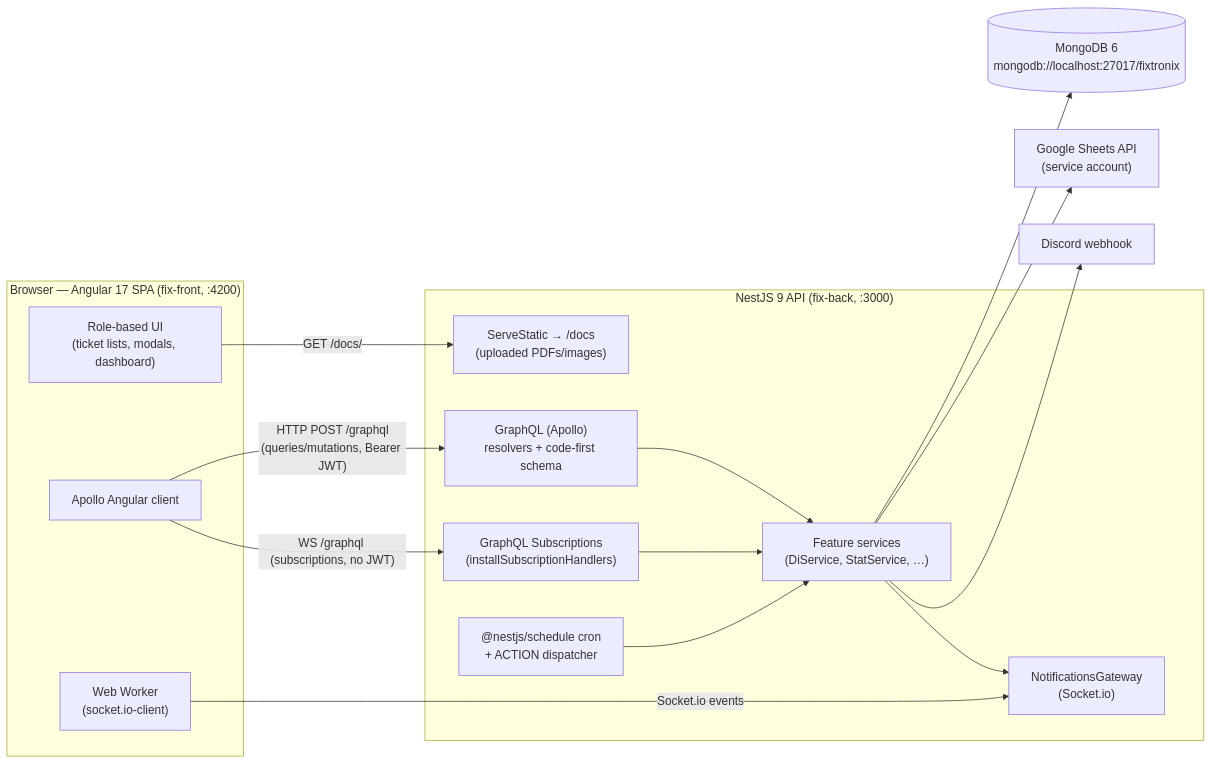
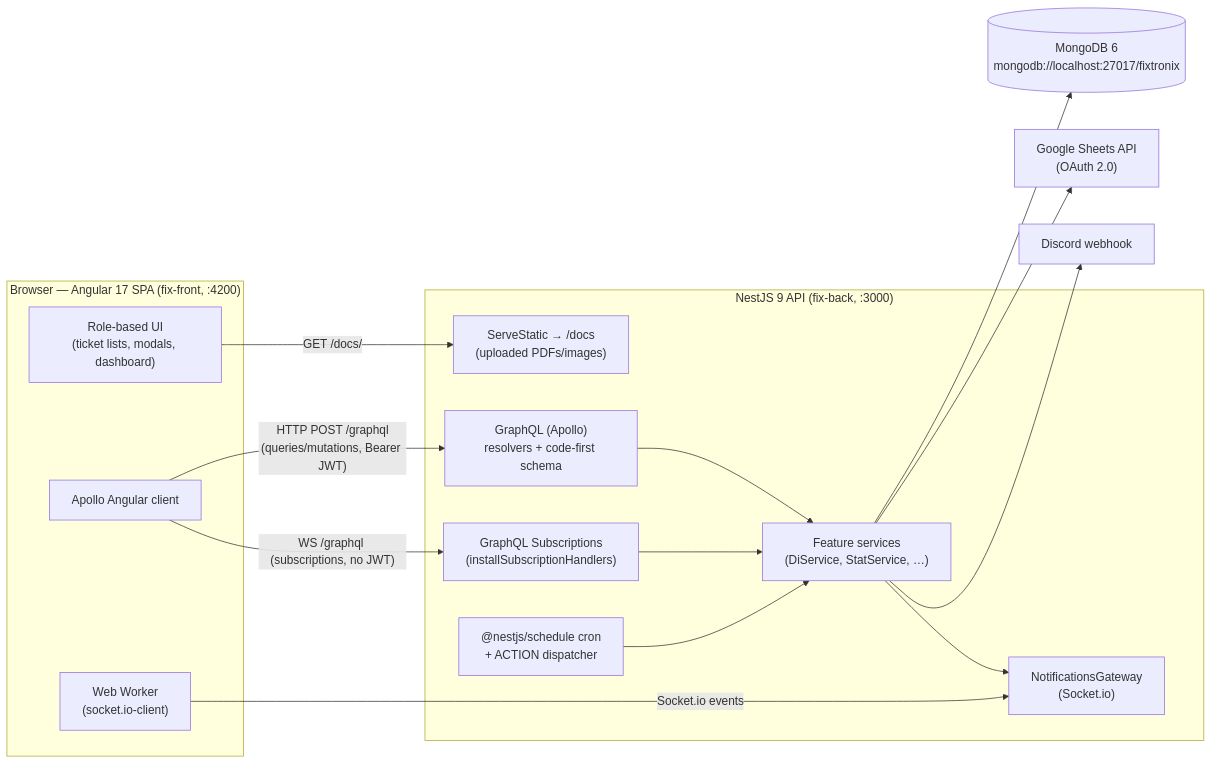
Before and after one commit to SkanderLassoued09/fix-back: the diagram in .project-context/architecture/01-system-overview.md, drawn with Mermaid. The commit also changed 22 other files, not shown here.

First line of the commit message:
feat: refactor environment handling and add Google OAuth integration

````diff
--- a/.project-context/architecture/01-system-overview.md
+++ b/.project-context/architecture/01-system-overview.md
@@ -9,33 +9,33 @@
 ```mermaid
 flowchart LR
     subgraph Browser["Browser — Angular 17 SPA (fix-front, :4200)"]
         UI["Role-based UI<br/>(ticket lists, modals, dashboard)"]
         Apollo["Apollo Angular client"]
         SW["Web Worker<br/>(socket.io-client)"]
     end
 
     subgraph Backend["NestJS 9 API (fix-back, :3000)"]
         GQL["GraphQL (Apollo)<br/>resolvers + code-first schema"]
         WSsub["GraphQL Subscriptions<br/>(installSubscriptionHandlers)"]
         Gateway["NotificationsGateway<br/>(Socket.io)"]
         Services["Feature services<br/>(DiService, StatService, …)"]
         Static["ServeStatic → /docs<br/>(uploaded PDFs/images)"]
         Cron["@nestjs/schedule cron<br/>+ ACTION dispatcher"]
     end
 
     DB[("MongoDB 6<br/>mongodb://localhost:27017/fixtronix")]
-    Sheets["Google Sheets API<br/>(service account)"]
+    Sheets["Google Sheets API<br/>(OAuth 2.0)"]
     Discord["Discord webhook"]
 
     Apollo -- "HTTP POST /graphql<br/>(queries/mutations, Bearer JWT)" --> GQL
     Apollo -- "WS /graphql (subscriptions, no JWT)" --> WSsub
     SW -- "Socket.io events" --> Gateway
     UI -- "GET /docs/<file>" --> Static
     GQL --> Services
     WSsub --> Services
     Services --> DB
     Cron --> Services
     Services --> Sheets
     Services --> Discord
     Services --> Gateway
 ```
````
